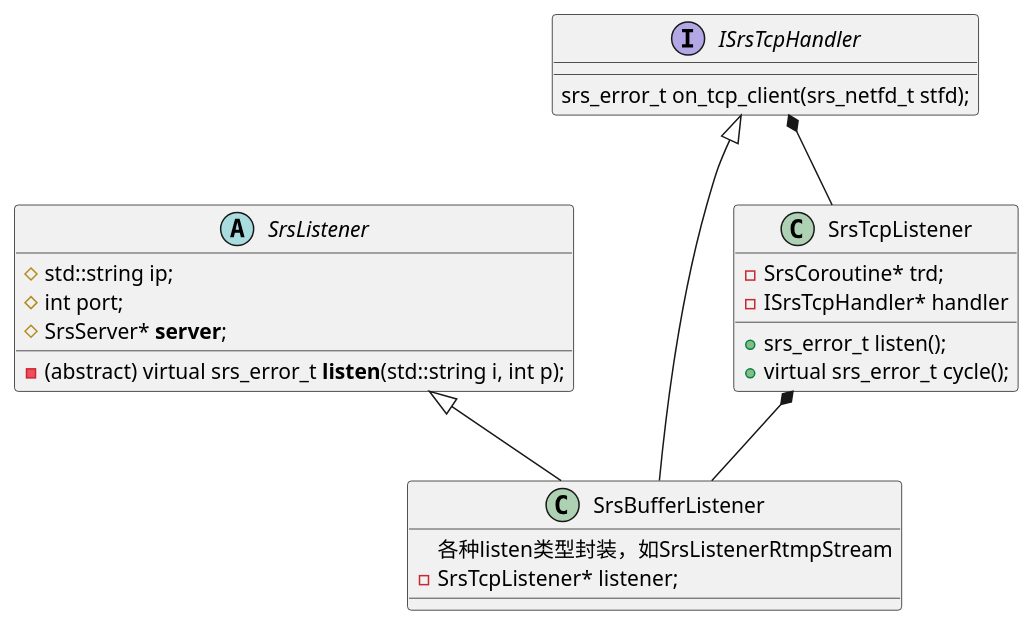
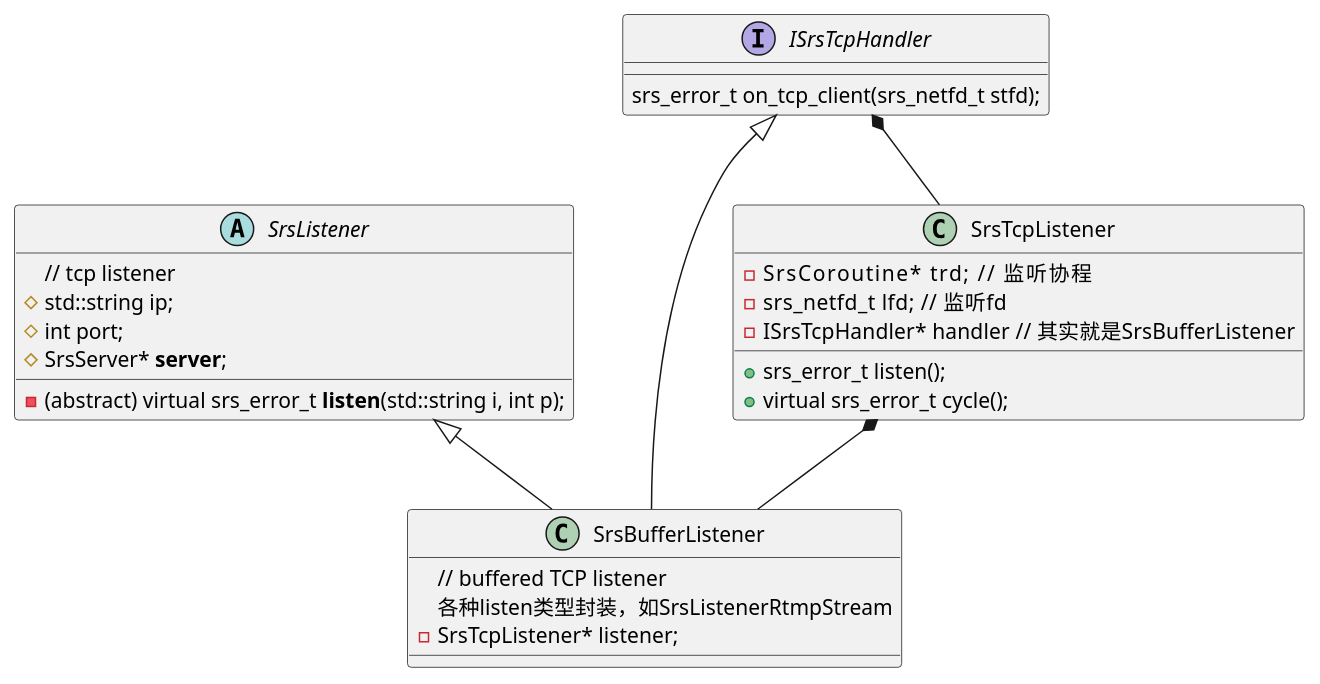
The third of 8 diagrams in srs/srs_struct.md (hz-fengpeng/doc), drawn with PlantUML before and after one commit. The commit also changed other lines of this file and 4 other files, not shown here.

````diff
--- a/srs/srs_struct.md
+++ b/srs/srs_struct.md
@@ -123,32 +171,35 @@
 ```plantuml 
 
 SrsListener <|-- SrsBufferListener
 ISrsTcpHandler <|-- SrsBufferListener
 ISrsTcpHandler *-- SrsTcpListener
 SrsTcpListener  *-- SrsBufferListener
 
 abstract SrsListener{
+    // tcp listener
     - (abstract) virtual srs_error_t **listen**(std::string i, int p);
     # std::string ip;
     # int port;
     # SrsServer* **server**;
 }
 
 interface ISrsTcpHandler{
     srs_error_t on_tcp_client(srs_netfd_t stfd);
 }
 
 class SrsBufferListener{
+    // buffered TCP listener
     各种listen类型封装，如SrsListenerRtmpStream
     - SrsTcpListener* listener;
 }
 
 class SrsTcpListener{
-    - SrsCoroutine* trd;
-    -ISrsTcpHandler* handler
+    - SrsCoroutine* trd;        // 监听协程
+    - srs_netfd_t lfd;   // 监听fd
+    -ISrsTcpHandler* handler  // 其实就是SrsBufferListener
     + srs_error_t listen();
     + virtual srs_error_t cycle();
 
 }
 
 ```
````
